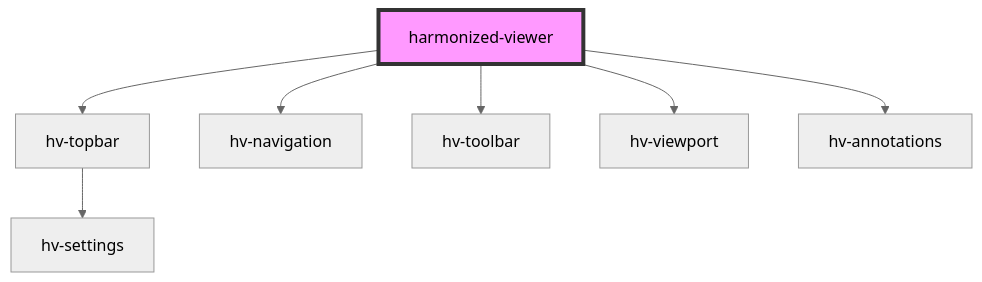
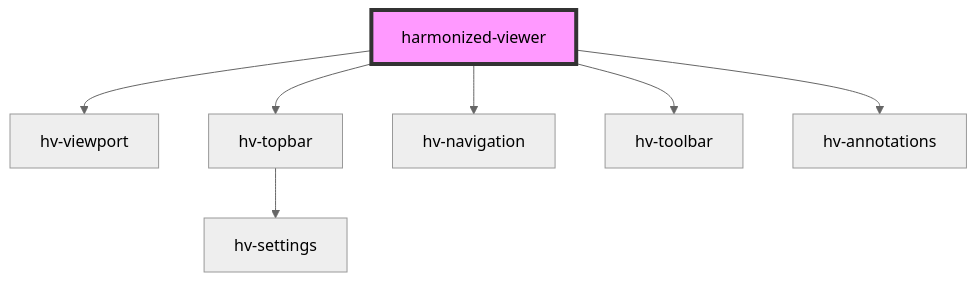
One commit to bac-lac/lac-harmonized-viewer changed the diagram in src/components/viewer-component/readme.md. Above: the diagram before and after it, drawn with Mermaid (neutral theme). The commit also changed other lines of this file and 15 other files, not shown here.

````diff
--- a/src/components/viewer-component/readme.md
+++ b/src/components/viewer-component/readme.md
@@ -65,10 +70,10 @@
 ```mermaid
 graph TD;
+  harmonized-viewer --> hv-viewport
   harmonized-viewer --> hv-topbar
   harmonized-viewer --> hv-navigation
   harmonized-viewer --> hv-toolbar
-  harmonized-viewer --> hv-viewport
   harmonized-viewer --> hv-annotations
   hv-topbar --> hv-settings
   style harmonized-viewer fill:#f9f,stroke:#333,stroke-width:4px
 ```
````
